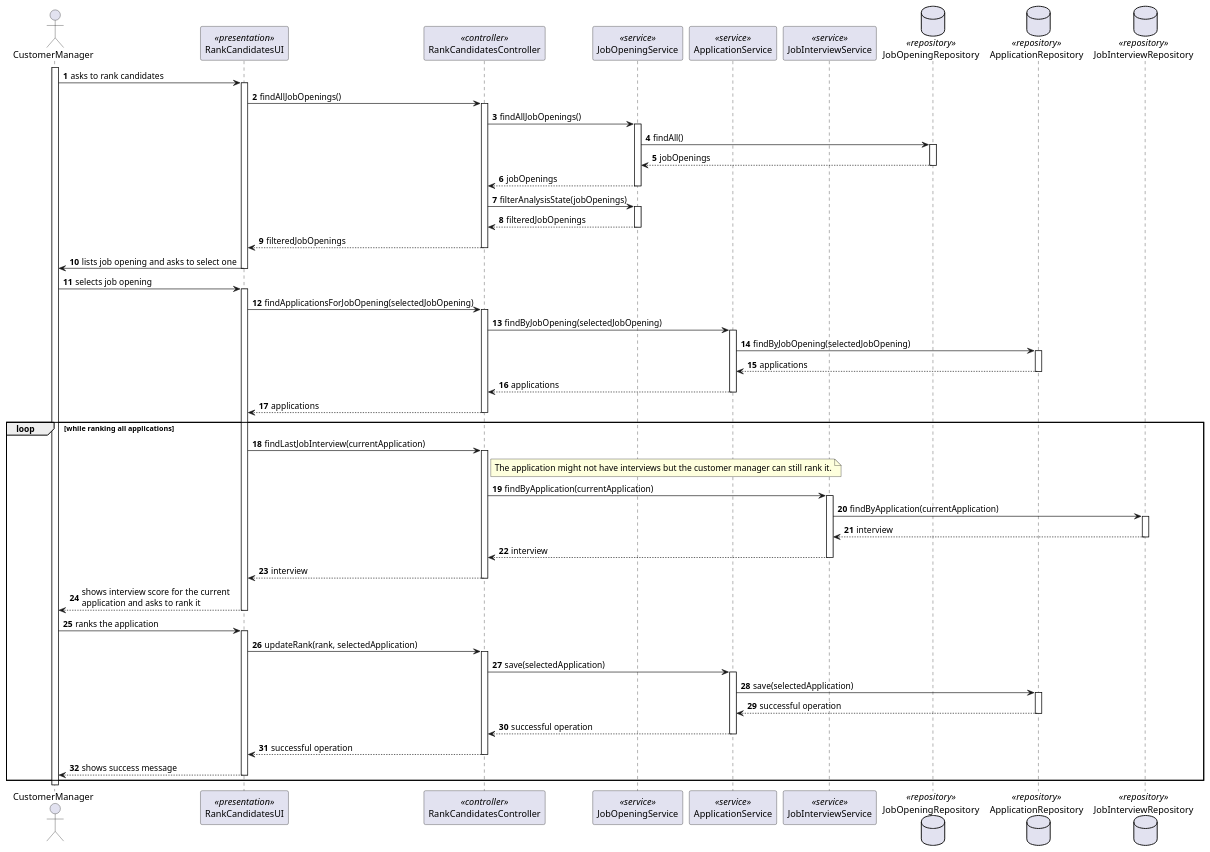
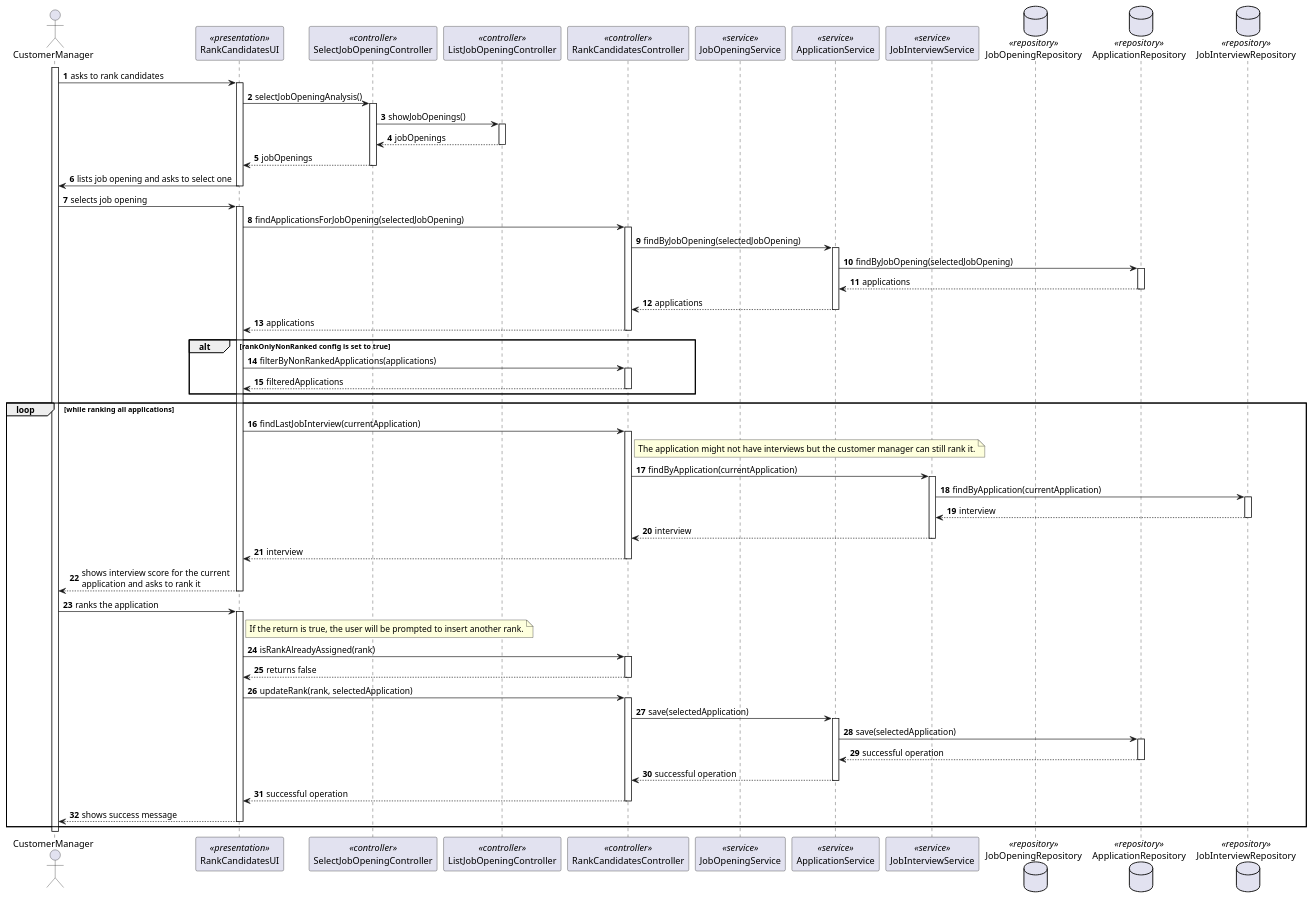
Before and after one commit to MiguelCardoso77/LAPR4: the diagram in docs/SprintC/rank-candidates-for-job-opening/sequence-diagram.puml, drawn with PlantUML. The commit also changed 3 other files, not shown here.

Commit message:
Final changes to sequence diagram #25

```diff
--- a/docs/SprintC/rank-candidates-for-job-opening/sequence-diagram.puml
+++ b/docs/SprintC/rank-candidates-for-job-opening/sequence-diagram.puml
@@ -1,124 +1,132 @@
 @startuml
 autonumber
 
 actor CustomerManager
 
 participant RankCandidatesUI <<presentation>>
+participant SelectJobOpeningController <<controller>>
+participant ListJobOpeningController <<controller>>
 participant RankCandidatesController <<controller>>
 
 participant JobOpeningService <<service>>
 participant ApplicationService <<service>>
 participant JobInterviewService <<service>>
 
 database JobOpeningRepository <<repository>>
 database ApplicationRepository <<repository>>
 database JobInterviewRepository <<repository>>
 
 activate CustomerManager
 
     CustomerManager -> RankCandidatesUI : asks to rank candidates
     activate RankCandidatesUI
 
-        RankCandidatesUI -> RankCandidatesController : findAllJobOpenings()
-        activate RankCandidatesController
+        RankCandidatesUI -> SelectJobOpeningController : selectJobOpeningAnalysis()
+        activate SelectJobOpeningController
 
-            RankCandidatesController -> JobOpeningService : findAllJobOpenings()
-            activate JobOpeningService
+            SelectJobOpeningController -> ListJobOpeningController : showJobOpenings()
+            activate ListJobOpeningController
 
-                 JobOpeningService -> JobOpeningRepository : findAll()
-                 activate JobOpeningRepository
+                ListJobOpeningController --> SelectJobOpeningController : jobOpenings
+            deactivate ListJobOpeningController
 
-                     JobOpeningRepository --> JobOpeningService : jobOpenings
-                 deactivate JobOpeningRepository
-
-                JobOpeningService --> RankCandidatesController : jobOpenings
-            deactivate JobOpeningService
-
-            RankCandidatesController -> JobOpeningService : filterAnalysisState(jobOpenings)
-            activate JobOpeningService
-
-                    JobOpeningService --> RankCandidatesController : filteredJobOpenings
-            deactivate JobOpeningService
-
-            RankCandidatesController --> RankCandidatesUI : filteredJobOpenings
-        deactivate RankCandidatesController
+            SelectJobOpeningController --> RankCandidatesUI : jobOpenings
+        deactivate SelectJobOpeningController
 
         RankCandidatesUI -> CustomerManager : lists job opening and asks to select one
     deactivate RankCandidatesUI
 
     CustomerManager -> RankCandidatesUI : selects job opening
     activate RankCandidatesUI
 
         RankCandidatesUI -> RankCandidatesController : findApplicationsForJobOpening(selectedJobOpening)
         activate RankCandidatesController
 
             RankCandidatesController -> ApplicationService : findByJobOpening(selectedJobOpening)
             activate ApplicationService
 
                 ApplicationService -> ApplicationRepository : findByJobOpening(selectedJobOpening)
                 activate ApplicationRepository
 
                     ApplicationRepository --> ApplicationService : applications
                 deactivate ApplicationRepository
 
                 ApplicationService --> RankCandidatesController : applications
             deactivate ApplicationService
 
             RankCandidatesController --> RankCandidatesUI : applications
         deactivate RankCandidatesController
+
+alt rankOnlyNonRanked config is set to true
+        RankCandidatesUI -> RankCandidatesController : filterByNonRankedApplications(applications)
+        activate RankCandidatesController
+
+            RankCandidatesController --> RankCandidatesUI : filteredApplications
+        deactivate RankCandidatesController
+end alt
 
 loop while ranking all applications
 
         RankCandidatesUI -> RankCandidatesController : findLastJobInterview(currentApplication)
         activate RankCandidatesController
             note right of RankCandidatesController
             The application might not have interviews but the customer manager can still rank it.
             end note
 
             RankCandidatesController -> JobInterviewService : findByApplication(currentApplication)
             activate JobInterviewService
 
                 JobInterviewService -> JobInterviewRepository : findByApplication(currentApplication)
                 activate JobInterviewRepository
 
                     JobInterviewRepository --> JobInterviewService : interview
                 deactivate JobInterviewRepository
 
                 JobInterviewService --> RankCandidatesController : interview
             deactivate JobInterviewService
 
             RankCandidatesController --> RankCandidatesUI : interview
         deactivate RankCandidatesController
 
         RankCandidatesUI --> CustomerManager : shows interview score for the current \napplication and asks to rank it
     deactivate RankCandidatesUI
 
     CustomerManager -> RankCandidatesUI : ranks the application
     activate RankCandidatesUI
 
+note right of RankCandidatesUI
+If the return is true, the user will be prompted to insert another rank.
+end note
+
+        RankCandidatesUI -> RankCandidatesController : isRankAlreadyAssigned(rank)
+        activate RankCandidatesController
+
+            RankCandidatesController --> RankCandidatesUI : returns false
+        deactivate RankCandidatesController
+
         RankCandidatesUI -> RankCandidatesController : updateRank(rank, selectedApplication)
         activate RankCandidatesController
 
             RankCandidatesController -> ApplicationService : save(selectedApplication)
             activate ApplicationService
 
                 ApplicationService -> ApplicationRepository : save(selectedApplication)
                 activate ApplicationRepository
 
                     ApplicationRepository --> ApplicationService : successful operation
                 deactivate ApplicationRepository
 
                 ApplicationService --> RankCandidatesController : successful operation
             deactivate ApplicationService
 
             RankCandidatesController --> RankCandidatesUI : successful operation
         deactivate RankCandidatesController
 
         RankCandidatesUI --> CustomerManager : shows success message
     deactivate RankCandidatesUI
 
 end loop
 
 deactivate CustomerManager
 
 @enduml
```
